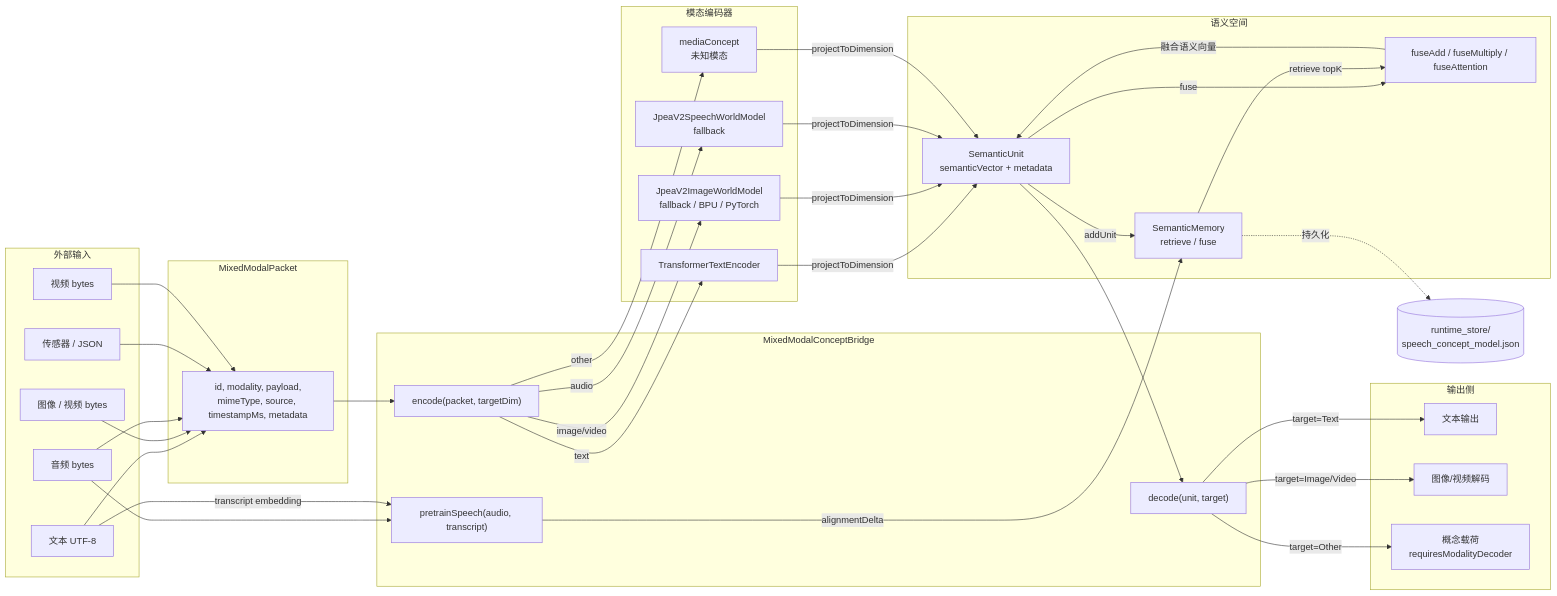
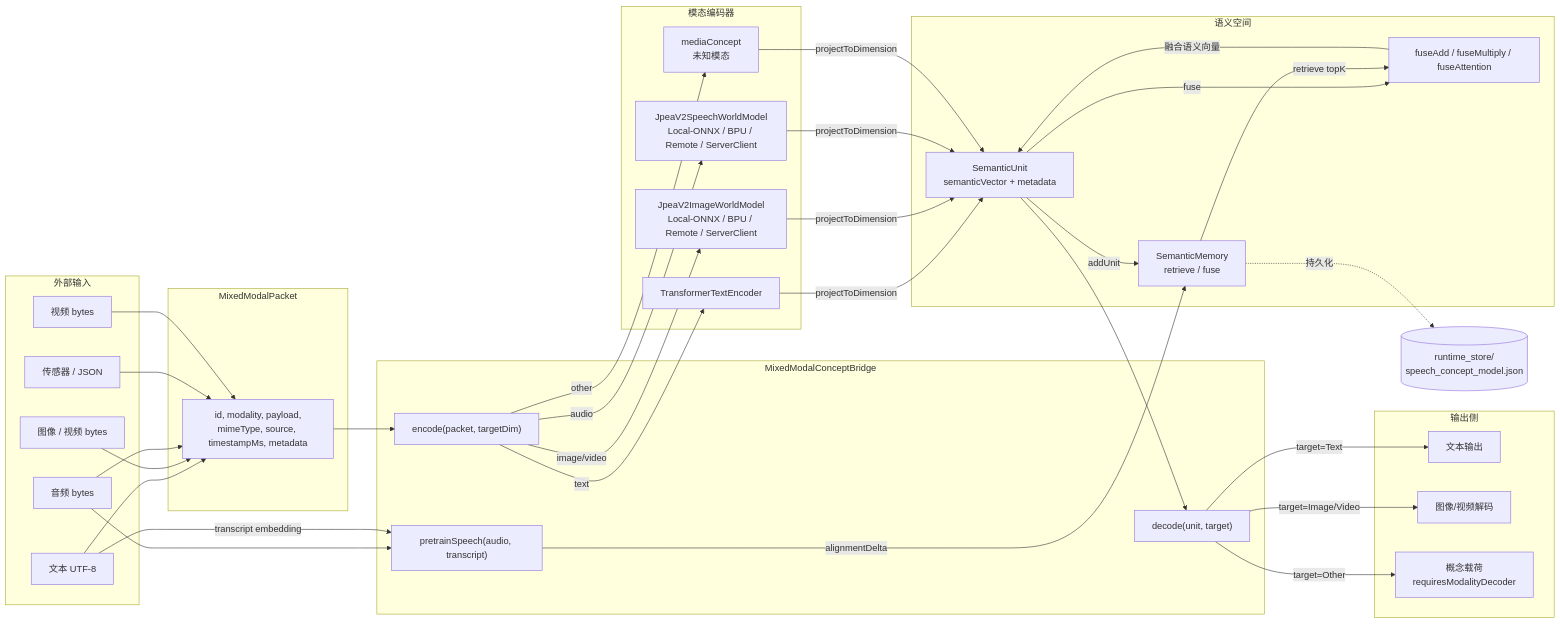
Before and after one commit to mumu2009/phoenix: the third of 9 diagrams in doc/v7.0/dataflow.md, drawn with Mermaid. The commit also changed other lines of this file and 7 other files, not shown here.

````diff
--- a/doc/v7.0/dataflow.md
+++ b/doc/v7.0/dataflow.md
@@ -214,72 +214,72 @@
 ```mermaid
 flowchart LR
     subgraph IN["外部输入"]
         TEXT["文本 UTF-8"]
         IMG_IN["图像 / 视频 bytes"]
         AUD["音频 bytes"]
         SNS["传感器 / JSON"]
         VID["视频 bytes"]
     end
 
     subgraph PACK["MixedModalPacket"]
         P["id, modality, payload,<br/>mimeType, source, timestampMs, metadata"]
     end
 
     subgraph BRIDGE["MixedModalConceptBridge"]
         ENC["encode(packet, targetDim)"]
         DEC["decode(unit, target)"]
         PRE["pretrainSpeech(audio, transcript)"]
     end
 
     subgraph ENC_LAYER["模态编码器"]
         TE["TransformerTextEncoder"]
-        JW["JpeaV2ImageWorldModel<br/>fallback / BPU / PyTorch"]
-        SW["JpeaV2SpeechWorldModel<br/>fallback"]
+        JW["JpeaV2ImageWorldModel<br/>Local-ONNX / BPU / Remote / ServerClient"]
+        SW["JpeaV2SpeechWorldModel<br/>Local-ONNX / BPU / Remote / ServerClient"]
         MC["mediaConcept<br/>未知模态"]
     end
 
     subgraph SEM["语义空间"]
         SU["SemanticUnit<br/>semanticVector + metadata"]
         SM["SemanticMemory<br/>retrieve / fuse"]
         FUSE["fuseAdd / fuseMultiply / fuseAttention"]
     end
 
     subgraph OUT["输出侧"]
         OT["文本输出"]
         OI["图像/视频解码"]
         OO["概念载荷<br/>requiresModalityDecoder"]
     end
 
     TEXT --> P
     IMG_IN --> P
     AUD --> P
     SNS --> P
     VID --> P
 
     P --> ENC
 
     ENC -->|text| TE
     ENC -->|image/video| JW
     ENC -->|audio| SW
     ENC -->|other| MC
 
     TE -->|projectToDimension| SU
     JW -->|projectToDimension| SU
     SW -->|projectToDimension| SU
     MC -->|projectToDimension| SU
 
     SU -->|addUnit| SM
     SU -->|fuse| FUSE
     SM -->|retrieve topK| FUSE
     FUSE -->|融合语义向量| SU
 
     SU --> DEC
     DEC -->|target=Text| OT
     DEC -->|target=Image/Video| OI
     DEC -->|target=Other| OO
 
     AUD --> PRE
     TEXT -->|transcript embedding| PRE
     PRE -->|alignmentDelta| SM
     SM -.->|持久化| RS[(runtime_store/<br/>speech_concept_model.json)]
 ```
````
